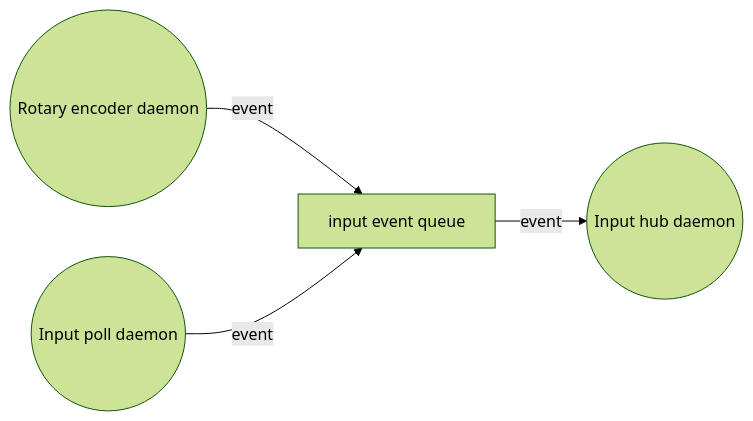
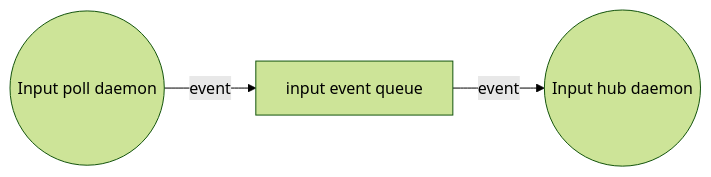
One commit to afpineda/OpenSourceSimWheelESP32 changed the third of 3 diagrams in doc/firmware/FirmwareArchitecture_en.md. Above: the diagram before and after it, drawn with Mermaid (forest theme). The commit also changed other lines of this file and 17 other files, not shown here.

````diff
--- a/doc/firmware/FirmwareArchitecture_en.md
+++ b/doc/firmware/FirmwareArchitecture_en.md
@@ -261,10 +254,8 @@
 ```mermaid
 flowchart LR
-  RE((Rotary encoder daemon))
   IP((Input poll daemon))
   Q[input event queue]
   IH((Input hub daemon))
-  RE -- event --> Q
   IP -- event --> Q
   Q -- event --> IH
 ```
````
